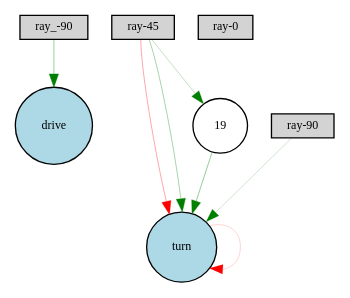
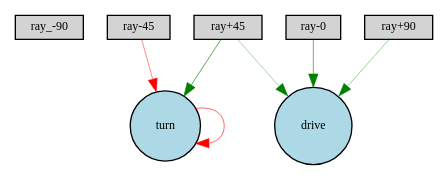
The diagram in Digraph.gv (JackLowry/Boost), drawn with Graphviz before and after one commit. The commit also changed 9 other files, not shown here.

```diff
--- a/Digraph.gv
+++ b/Digraph.gv
@@ -1,18 +1,16 @@
 digraph {
 	node [fontsize=9 height=0.2 shape=circle width=0.2]
 	"ray_-90" [fillcolor=lightgray shape=box style=filled]
 	"ray-45" [fillcolor=lightgray shape=box style=filled]
 	"ray-0" [fillcolor=lightgray shape=box style=filled]
-	"ray-45" [fillcolor=lightgray shape=box style=filled]
-	"ray-90" [fillcolor=lightgray shape=box style=filled]
+	"ray+45" [fillcolor=lightgray shape=box style=filled]
+	"ray+90" [fillcolor=lightgray shape=box style=filled]
 	drive [fillcolor=lightblue style=filled]
 	turn [fillcolor=lightblue style=filled]
-	19 [fillcolor=white style=filled]
-	"ray-45" -> turn [color=red penwidth=0.26042376727968597 style=solid]
-	"ray-45" -> turn [color=green penwidth=0.2610494080614105 style=solid]
-	"ray-90" -> turn [color=green penwidth=0.15316356684440796 style=solid]
-	turn -> turn [color=red penwidth=0.12914345321211335 style=solid]
-	"ray_-90" -> drive [color=green penwidth=0.3019373305874282 style=solid]
-	"ray-45" -> 19 [color=green penwidth=0.18082764721985595 style=solid]
-	19 -> turn [color=green penwidth=0.31475114448816055 style=solid]
+	"ray+45" -> drive [color=green penwidth=0.26069144423851665 style=solid]
+	turn -> turn [color=red penwidth=0.4537497314041411 style=solid]
+	"ray-45" -> turn [color=red penwidth=0.3536194914951045 style=solid]
+	"ray+45" -> turn [color=green penwidth=0.5035552017829295 style=solid]
+	"ray-0" -> drive [color=green penwidth=0.4417605964498602 style=solid]
+	"ray+90" -> drive [color=green penwidth=0.2940213405694012 style=solid]
 }
```
